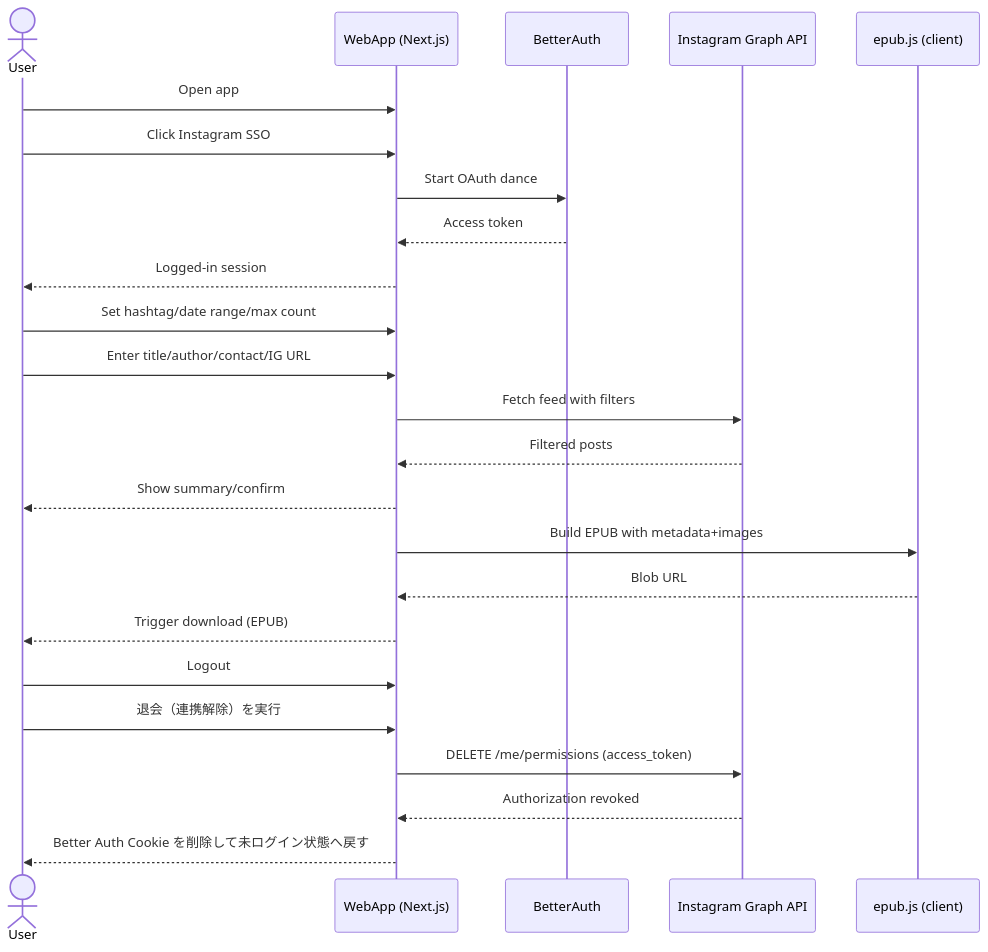
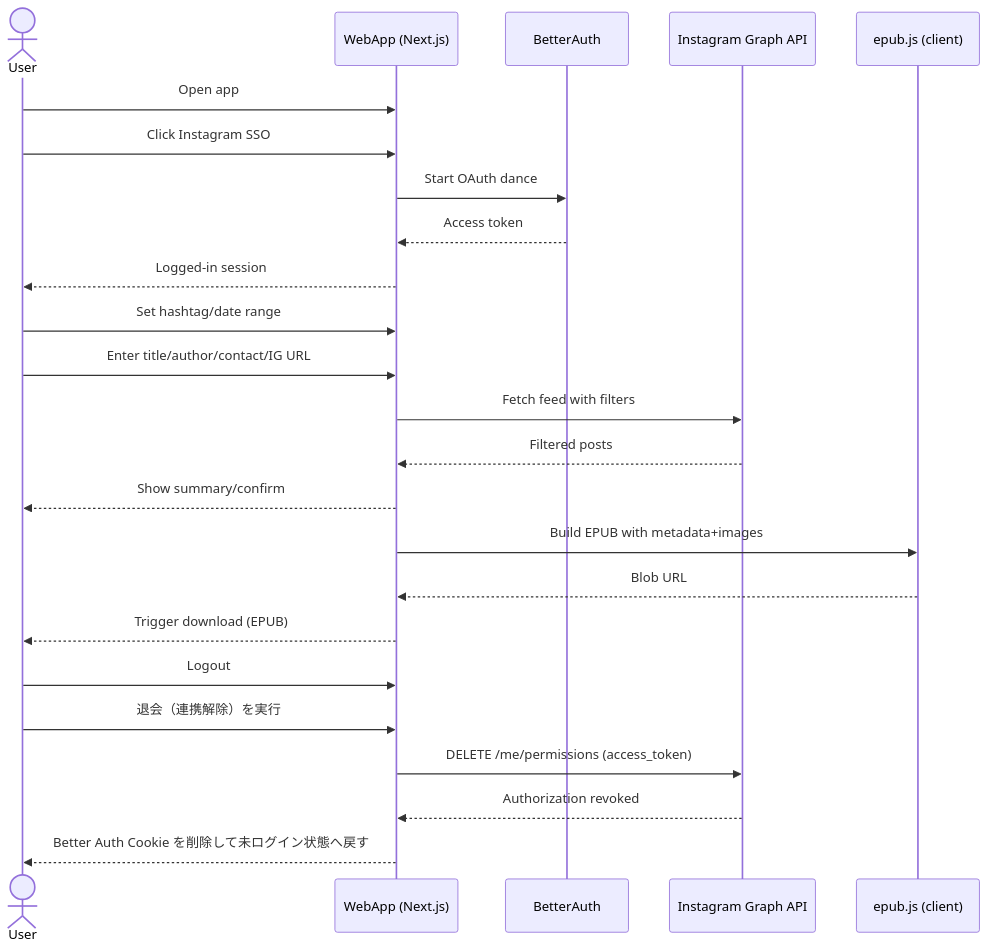
One commit to 1021ky/instagram-feed-epublisher changed the diagram in docs/designdoc/sequenceDiagram.mmd. Above: the diagram before and after it, drawn with Mermaid. The commit also changed 19 other files, not shown here.

```diff
--- a/docs/designdoc/sequenceDiagram.mmd
+++ b/docs/designdoc/sequenceDiagram.mmd
@@ -1,25 +1,25 @@
 sequenceDiagram
     %% @mermaid-chart
     actor U as User
     participant FE as WebApp (Next.js)
     participant BA as BetterAuth
     participant IG as Instagram Graph API
     participant EP as epub.js (client)
     U->>FE: Open app
     U->>FE: Click Instagram SSO
     FE->>BA: Start OAuth dance
     BA-->>FE: Access token
     FE-->>U: Logged-in session
-    U->>FE: Set hashtag/date range/max count
+    U->>FE: Set hashtag/date range
     U->>FE: Enter title/author/contact/IG URL
     FE->>IG: Fetch feed with filters
     IG-->>FE: Filtered posts
     FE-->>U: Show summary/confirm
     FE->>EP: Build EPUB with metadata+images
     EP-->>FE: Blob URL
     FE-->>U: Trigger download (EPUB)
     U->>FE: Logout
     U->>FE: 退会（連携解除）を実行
     FE->>IG: DELETE /me/permissions (access_token)
     IG-->>FE: Authorization revoked
     FE-->>U: Better Auth Cookie を削除して未ログイン状態へ戻す
```
